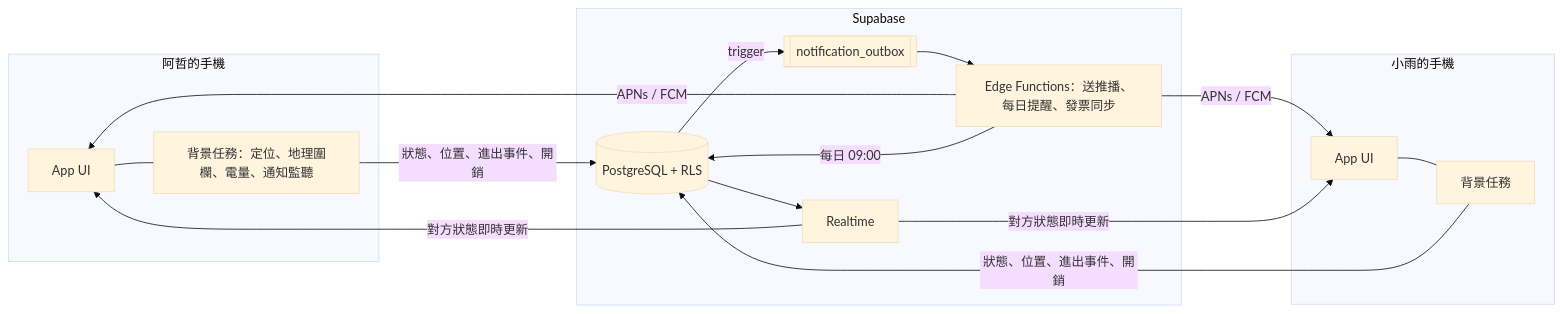
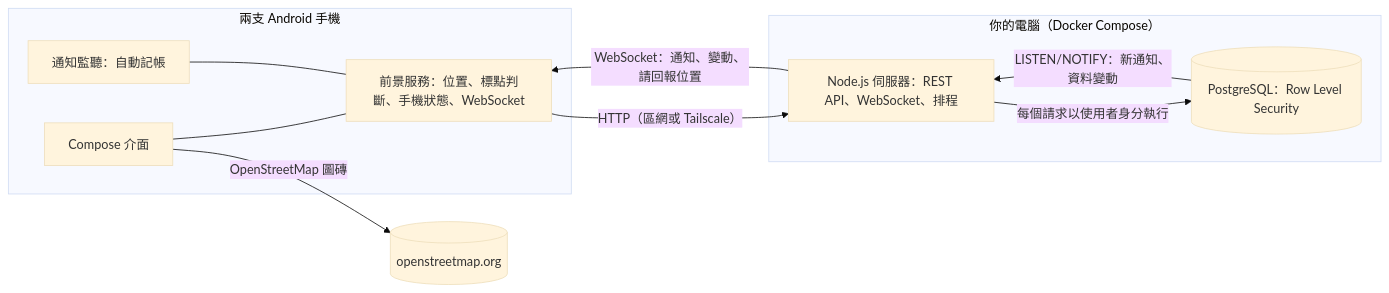
One commit to FalseEnd/Claude changed the diagram in docs/DESIGN.md. Above: the diagram before and after it, drawn with Mermaid (base theme). The commit also changed other lines of this file and 49 other files, not shown here.

````diff
--- a/docs/DESIGN.md
+++ b/docs/DESIGN.md
@@ -281,24 +199,16 @@
 ```mermaid
 flowchart LR
-  subgraph A["阿哲的手機"]
-    A1[App UI] --- A2[背景任務：定位、地理圍欄、電量、通知監聽]
+  subgraph Phones["兩支 Android 手機"]
+    UI[Compose 介面] --- SVC[前景服務：位置、標點判斷、手機狀態、WebSocket]
+    NL[通知監聽：自動記帳] --- SVC
   end
-  subgraph B["小雨的手機"]
-    B1[App UI] --- B2[背景任務]
+  subgraph PC["你的電腦（Docker Compose）"]
+    API[Node.js 伺服器：REST API、WebSocket、排程]
+    DB[(PostgreSQL：Row Level Security)]
   end
-  subgraph S["Supabase"]
-    DB[(PostgreSQL + RLS)]
-    RT[Realtime]
-    EF[Edge Functions：送推播、每日提醒、發票同步]
-    OB[[notification_outbox]]
-  end
-  A2 -- 狀態、位置、進出事件、開銷 --> DB
-  B2 -- 狀態、位置、進出事件、開銷 --> DB
-  DB -- trigger --> OB --> EF
-  EF -- APNs / FCM --> A1
-  EF -- APNs / FCM --> B1
-  DB --> RT
-  RT -- 對方狀態即時更新 --> A1
-  RT -- 對方狀態即時更新 --> B1
-  EF -- 每日 09:00 --> DB
+  SVC -- HTTP（區網或 Tailscale） --> API
+  API -- 每個請求以使用者身分執行 --> DB
+  DB -- LISTEN/NOTIFY：新通知、資料變動 --> API
+  API -- WebSocket：通知、變動、請回報位置 --> SVC
+  UI -- OpenStreetMap 圖磚 --> OSM[(openstreetmap.org)]
 ```
````
